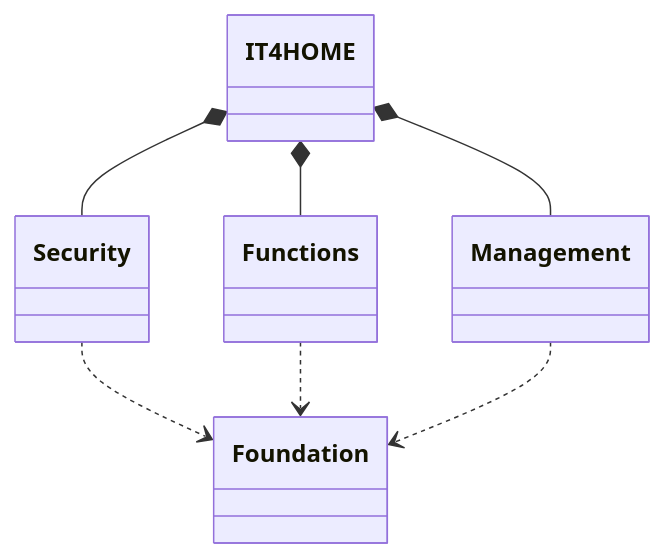
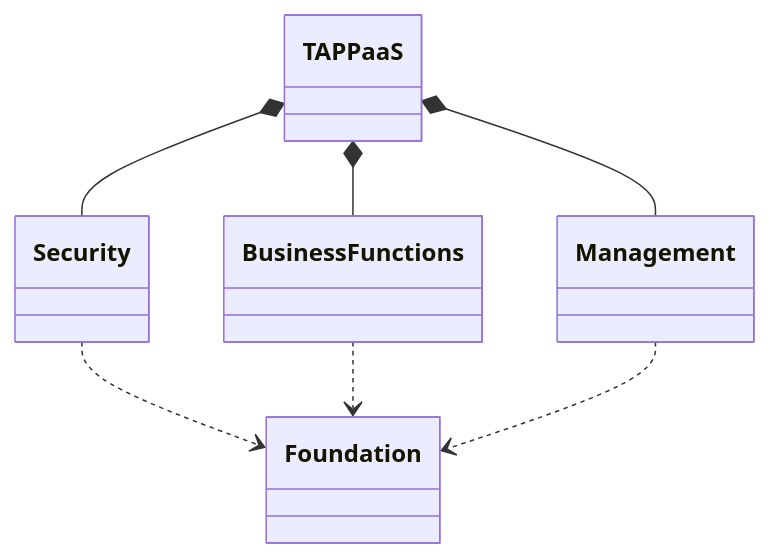
Before and after one commit to TAPPaaS/TAPPaaS: the first of 2 diagrams in Documentation/Architecture/Capabilities.md, drawn with Mermaid. The commit also changed other lines of this file and 6 other files, not shown here.

Commit message:
Starting to structure the Architecture

````diff
--- a/Documentation/Architecture/Capabilities.md
+++ b/Documentation/Architecture/Capabilities.md
@@ -5,9 +14,9 @@
 ```mermaid
 classDiagram
-  IT4HOME *-- Security
-  IT4HOME *-- Functions
-  IT4HOME *-- Management
+  TAPPaaS *-- Security
+  TAPPaaS *-- Business Functions
+  TAPPaaS *-- Management
 	Security ..> Foundation
-	Functions ..> Foundation
+	Business Functions ..> Foundation
   Management ..> Foundation
 ```
````
